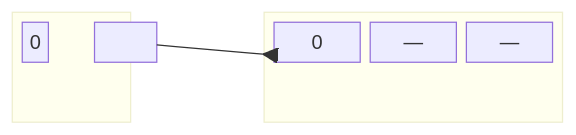
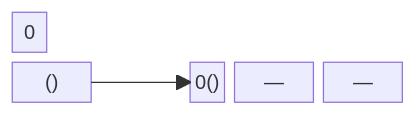
One commit to BenhurUFSM/pod26b changed diagram 13 of 24 in Assuntos/busca-ext.md. Above: the diagram before and after it, drawn with Mermaid. The commit also changed other lines of this file and 1 other file, not shown here.

````diff
--- a/Assuntos/busca-ext.md
+++ b/Assuntos/busca-ext.md
@@ -434,13 +434,7 @@
 ```mermaid
 block
   columns 9
-  block:l:2
-    nl["0"] space
-    l0[" "]:2
-  end
-  space:2
-  block:b0:5
-  n0["0"] b0a["—"]:2 b0b["—"]:2
-  end
-  l0-->b0
+  nl["0"] space  space:2 space:5
+  l0["()"]:2      space:2 n0["0()"] b0a["—"]:2 b0b["—"]:2
+  l0-->n0
 ```
````
